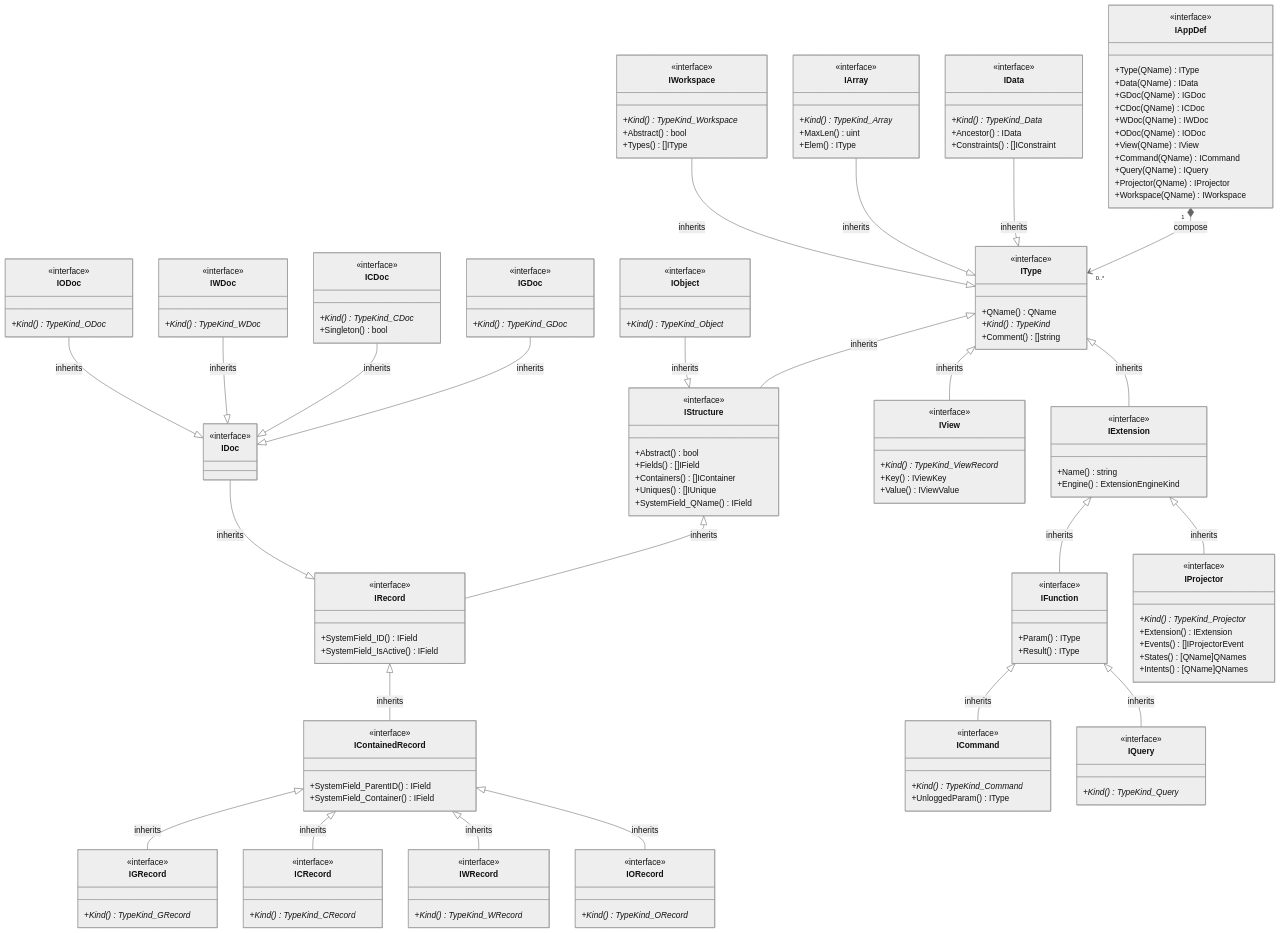
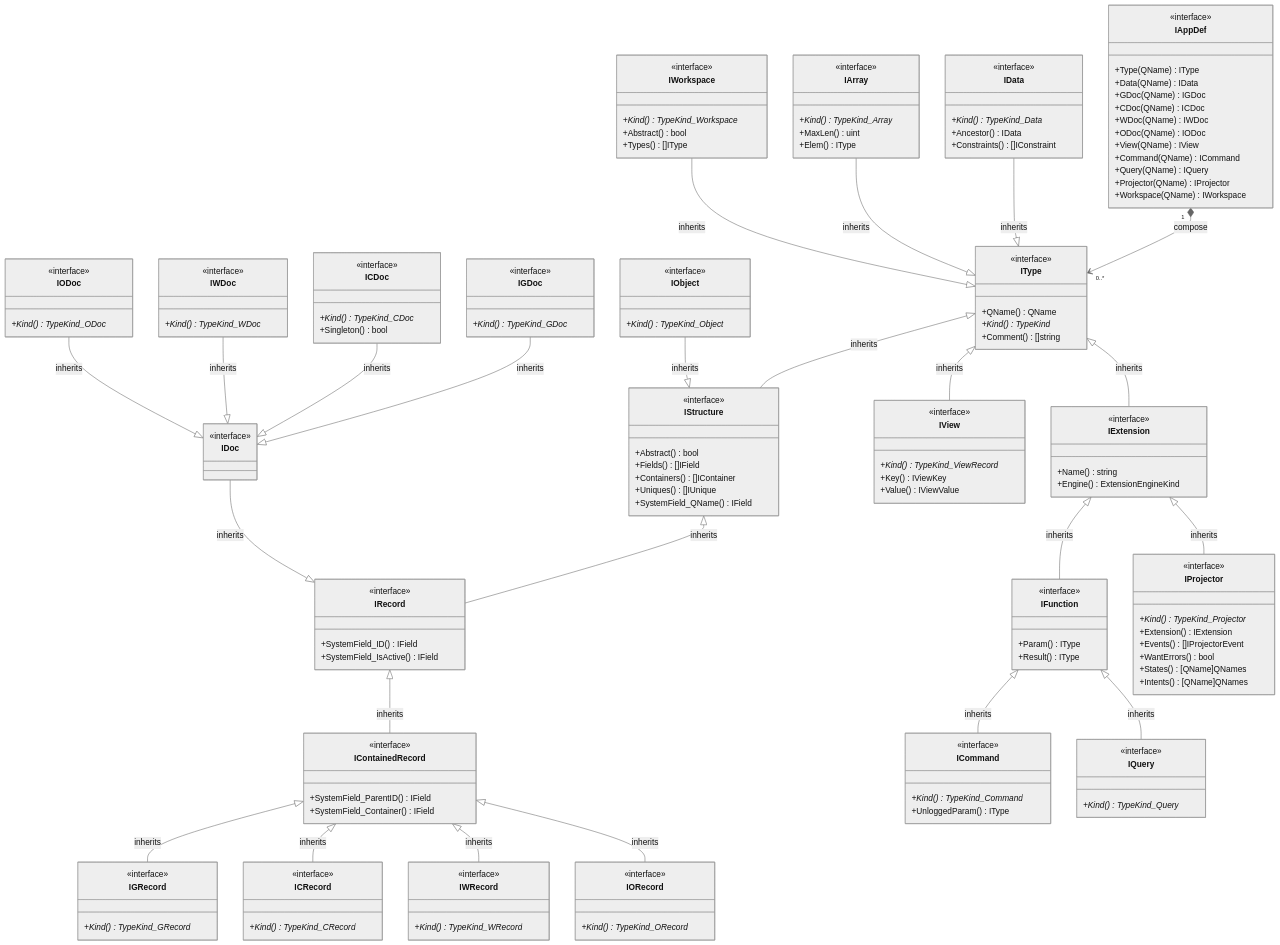
Before and after one commit to voedger/voedger: the first of 7 diagrams in pkg/appdef/README.md, drawn with Mermaid (neutral theme). The commit also changed other lines of this file, not shown here.

```diff
--- a/pkg/appdef/README.md
+++ b/pkg/appdef/README.md
@@ -172,6 +172,7 @@
         +Kind()* TypeKind_Projector
         +Extension() IExtension
         +Events() []IProjectorEvent
+        +WantErrors() bool
         +States() [QName]QNames
         +Intents() [QName]QNames
     }
```
